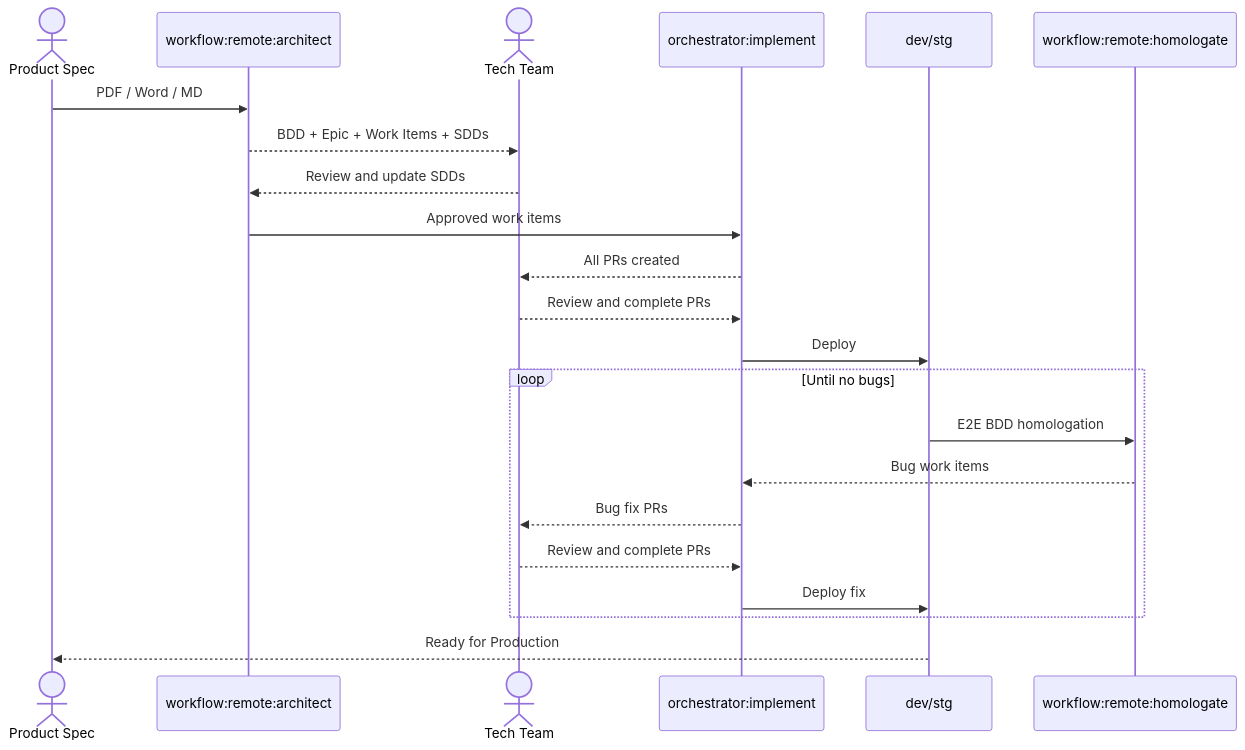
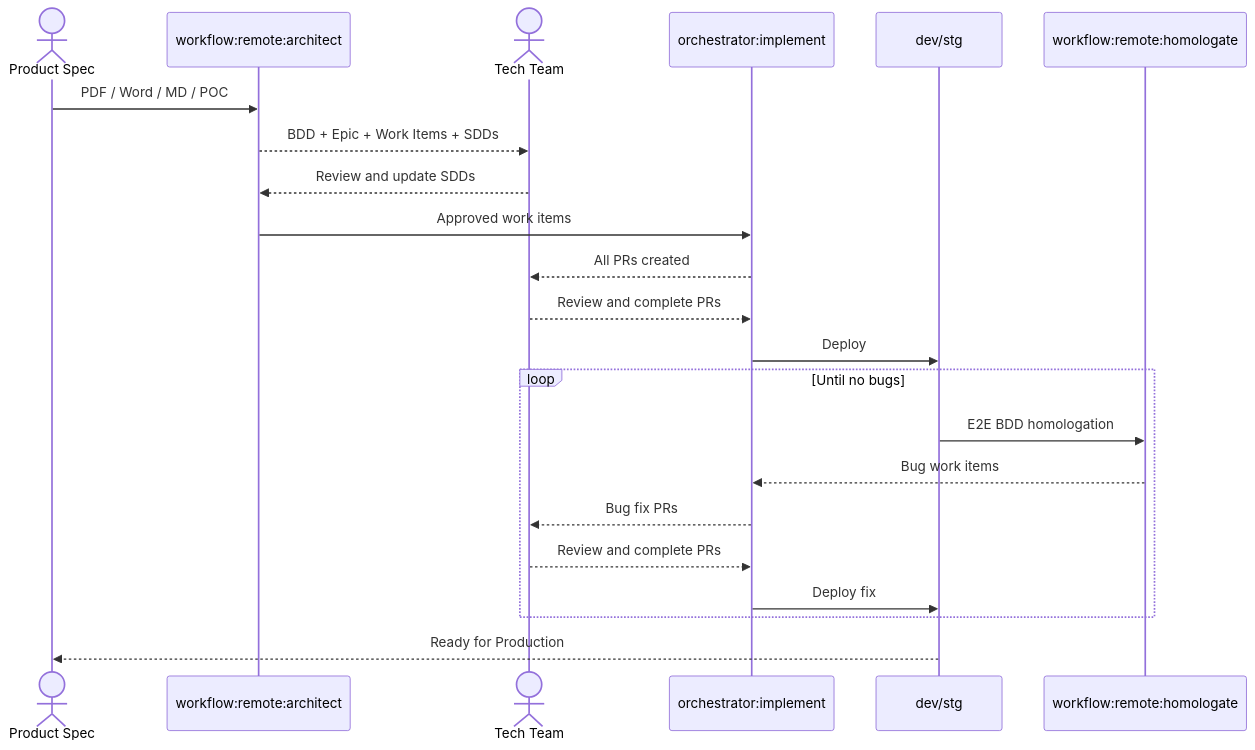
One commit to zzaia/zzaia-agentic-workspace changed the first of 2 diagrams in README.md. Above: the diagram before and after it, drawn with Mermaid.

Commit message:
Add the POC word as product input;

````diff
--- a/README.md
+++ b/README.md
@@ -80,25 +80,25 @@
 ```mermaid
 sequenceDiagram
     actor U as Product Spec
     participant A as workflow:remote:architect
     actor T as Tech Team
     participant I as orchestrator:implement
     participant D as dev/stg
     participant H as workflow:remote:homologate
 
-    U->>A: PDF / Word / MD
+    U->>A: PDF / Word / MD / POC
     A-->>T: BDD + Epic + Work Items + SDDs
     T-->>A: Review and update SDDs
     A->>I: Approved work items
     I-->>T: All PRs created
     T-->>I: Review and complete PRs
     I->>D: Deploy
     loop Until no bugs
         D->>H: E2E BDD homologation
         H-->>I: Bug work items
         I-->>T: Bug fix PRs
         T-->>I: Review and complete PRs
         I->>D: Deploy fix
     end
     D-->>U: Ready for Production
 ```
````
